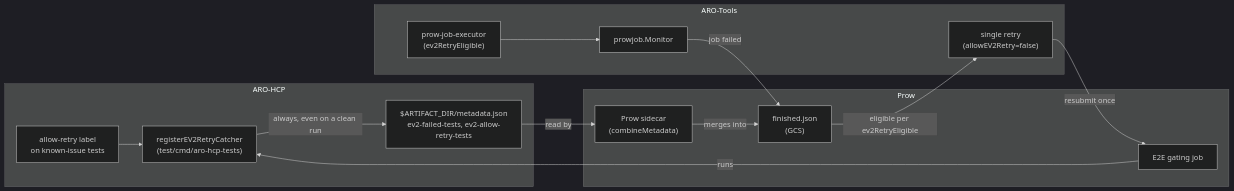
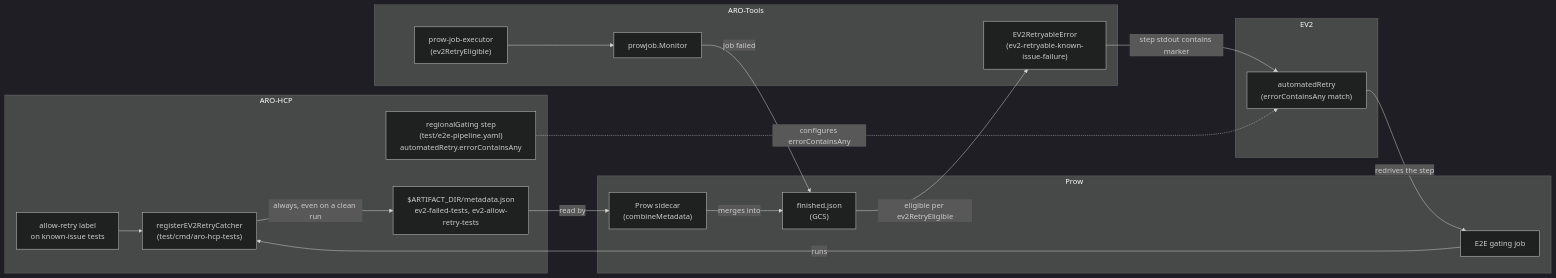
One commit to Azure/ARO-HCP changed the first of 2 diagrams in docs/ci/ev2-retry-catcher.md. Above: the diagram before and after it, drawn with Mermaid (dark theme). The commit also changed other lines of this file, not shown here.

First line of the commit message:
docs(ci): update design for the fail-with-marker + EV2 automatedRetry design

````diff
--- a/docs/ci/ev2-retry-catcher.md
+++ b/docs/ci/ev2-retry-catcher.md
@@ -29,31 +31,37 @@
 ```mermaid
 ---
 config:
   layout: dagre
 ---
 flowchart LR
  subgraph aro_hcp["ARO-HCP"]
         label["allow-retry label\non known-issue tests"]
         catcher["registerEV2RetryCatcher\n(test/cmd/aro-hcp-tests)"]
         artifact["$ARTIFACT_DIR/metadata.json\nev2-failed-tests, ev2-allow-retry-tests"]
+        pipeline["regionalGating step\n(test/e2e-pipeline.yaml)\nautomatedRetry.errorContainsAny"]
   end
  subgraph prow["Prow"]
         job["E2E gating job"]
         sidecar["Prow sidecar\n(combineMetadata)"]
         finished["finished.json\n(GCS)"]
   end
  subgraph aro_tools["ARO-Tools"]
         executor["prow-job-executor\n(ev2RetryEligible)"]
         monitor["prowjob.Monitor"]
-        retry["single retry\n(allowEV2Retry=false)"]
+        marker["EV2RetryableError\n(ev2-retryable-known-issue-failure)"]
+  end
+ subgraph ev2["EV2"]
+        retry["automatedRetry\n(errorContainsAny match)"]
   end
   label --> catcher
   job -- runs --> catcher
   catcher -- "always, even on a clean run" --> artifact
   artifact -- read by --> sidecar
   sidecar -- merges into --> finished
   executor --> monitor
   monitor -- "job failed" --> finished
-  finished -- "eligible per ev2RetryEligible" --> retry
-  retry -- resubmit once --> job
+  finished -- "eligible per ev2RetryEligible" --> marker
+  marker -- "step stdout contains marker" --> retry
+  pipeline -. "configures errorContainsAny" .-> retry
+  retry -- redrives the step --> job
 ```
````
